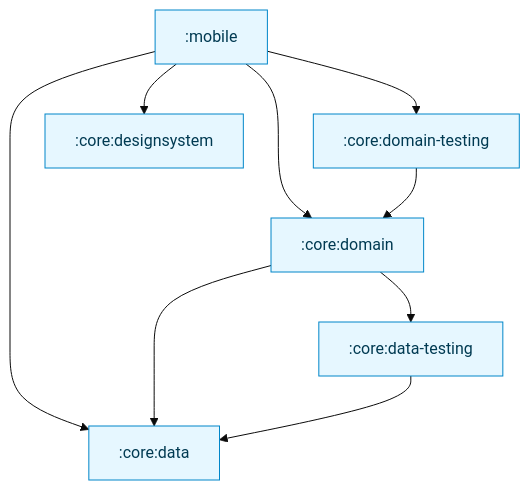
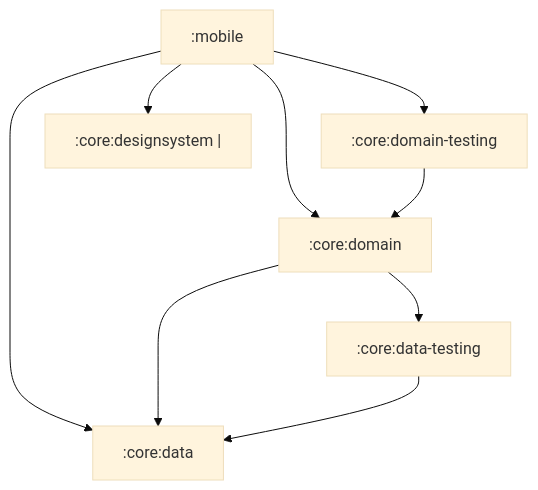
The first of 2 diagrams in topics/migrate-from-android.md (JetBrains/kotlin-multiplatform-dev-docs), drawn with Mermaid (base theme) before and after one commit.

Commit message:
fix: testing mermaid

````diff
--- a/topics/migrate-from-android.md
+++ b/topics/migrate-from-android.md
@@ -227,34 +227,34 @@
 ```mermaid
 flowchart TB
   %% Style for modules
-  classDef Module fill:#e6f7ff,stroke:#0086c9,stroke-width:1px,color:#003a52
+  %% classDef Module fill:#e6f7ff,stroke:#0086c9,stroke-width:1px,color:#003a52
 
   %% Modules
   M_MOBILE[":mobile"]
   M_CORE_DATA[":core:data"]
   M_CORE_DATA_TESTING[":core:data-testing"]
   M_CORE_DOMAIN[":core:domain"]
   M_CORE_DOMAIN_TESTING[":core:domain-testing"]
-  M_CORE_DESIGNSYSTEM[":core:designsystem"]
+  M_CORE_DESIGNSYSTEM[":core:designsystem |"]
 
   class M_MOBILE,M_CORE_DATA,M_CORE_DATA_TESTING,M_CORE_DOMAIN,M_CORE_DOMAIN_TESTING,M_CORE_DESIGNSYSTEM Module
 
   %% Internal dependencies between modules
   %% :mobile
   M_MOBILE --> M_CORE_DATA
   M_MOBILE --> M_CORE_DESIGNSYSTEM
   M_MOBILE --> M_CORE_DOMAIN
   M_MOBILE --> M_CORE_DOMAIN_TESTING
 
   %% :core:domain
   M_CORE_DOMAIN --> M_CORE_DATA
   M_CORE_DOMAIN --> M_CORE_DATA_TESTING
 
   %% :core:data-testing
   M_CORE_DATA_TESTING --> M_CORE_DATA
 
   %% :core:domain-testing
   M_CORE_DOMAIN_TESTING --> M_CORE_DOMAIN
 
   %% :core:designsystem and :core:data have no intra-project dependencies
 ```
````
